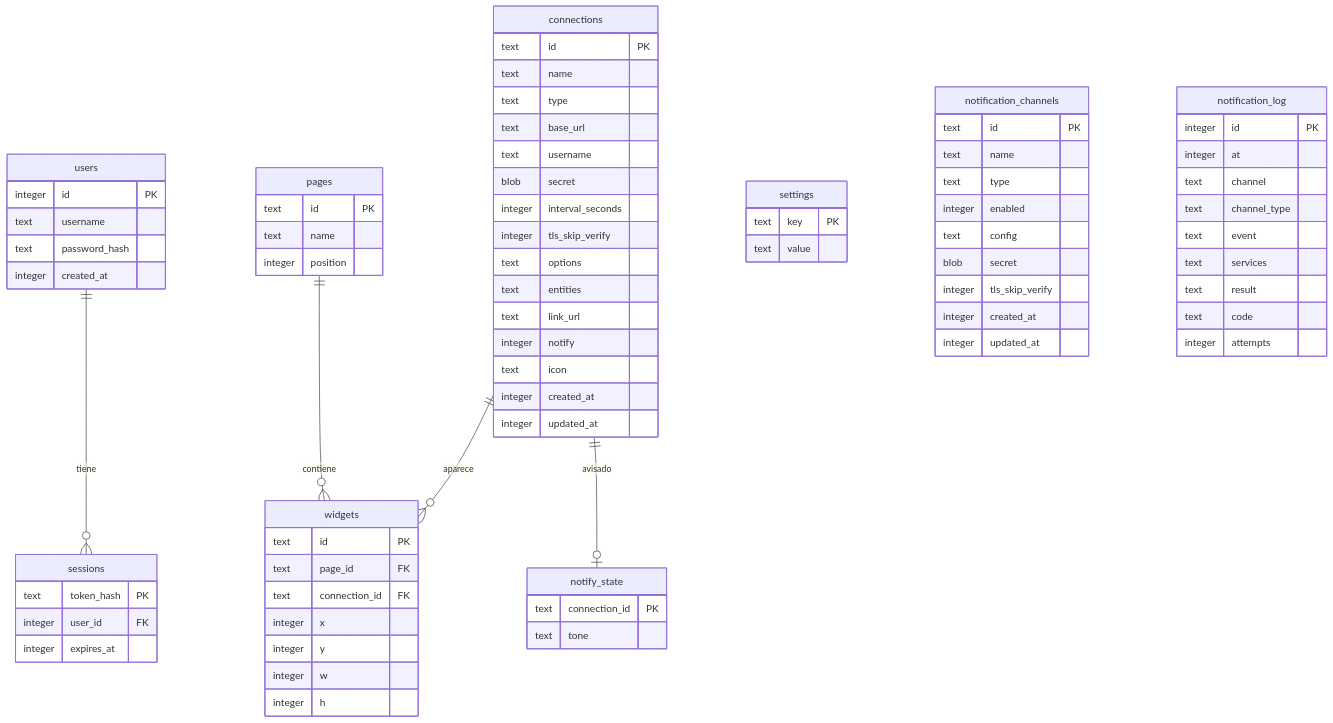
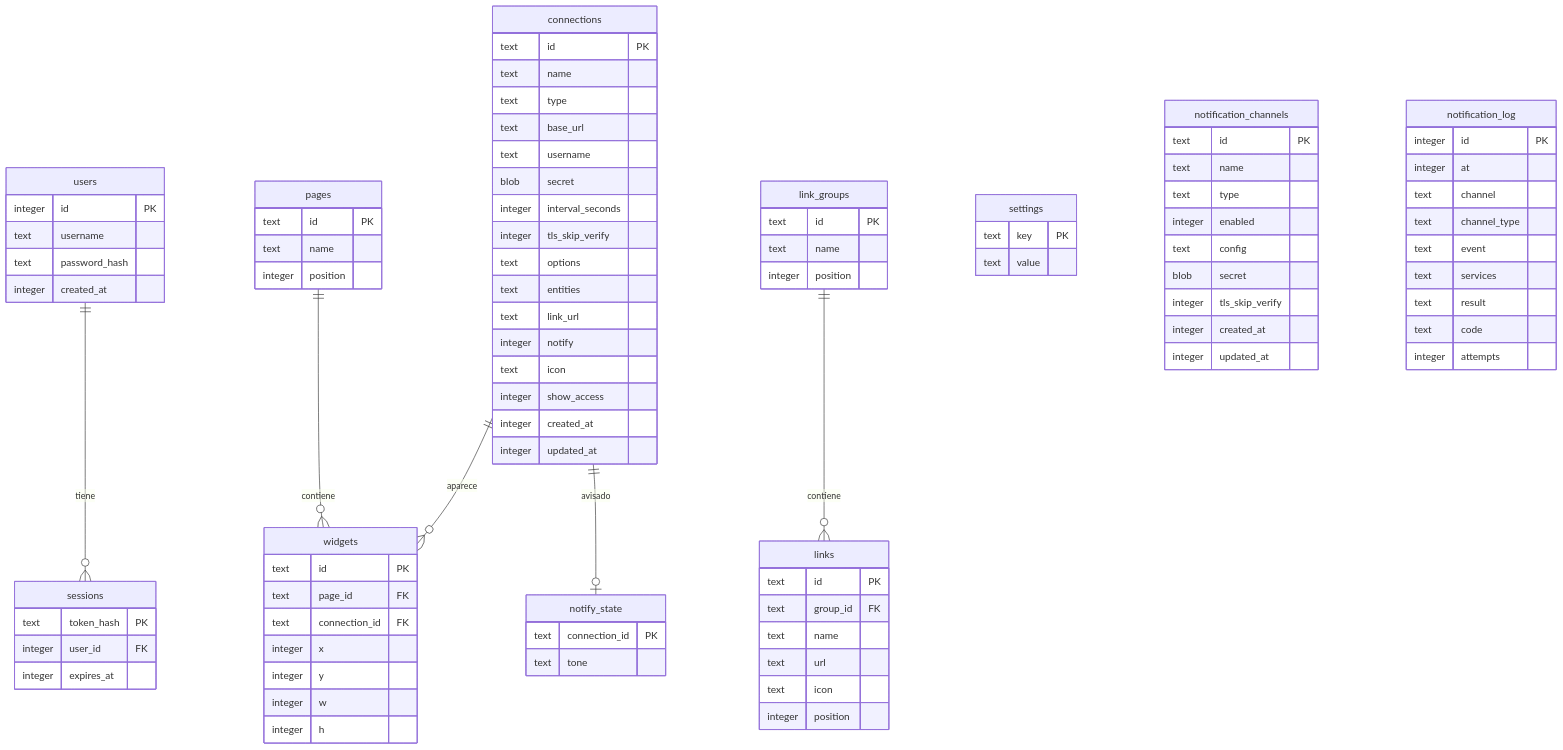
One commit to izakdev/talaia changed the fourth of 5 diagrams in docs/proyecto/02-arquitectura.md. Above: the diagram before and after it, drawn with Mermaid. The commit also changed other lines of this file and 65 other files, not shown here.

```diff
--- a/docs/proyecto/02-arquitectura.md
+++ b/docs/proyecto/02-arquitectura.md
@@ -376,6 +378,7 @@
     pages ||--o{ widgets : contiene
     connections ||--o{ widgets : aparece
     connections ||--o| notify_state : avisado
+    link_groups ||--o{ links : contiene
     settings {
         text key PK
         text value
@@ -419,8 +422,22 @@
         text link_url
         integer notify
         text icon
+        integer show_access
         integer created_at
         integer updated_at
+    }
+    link_groups {
+        text id PK
+        text name
+        integer position
+    }
+    links {
+        text id PK
+        text group_id FK
+        text name
+        text url
+        text icon
+        integer position
     }
     notify_state {
         text connection_id PK
```
